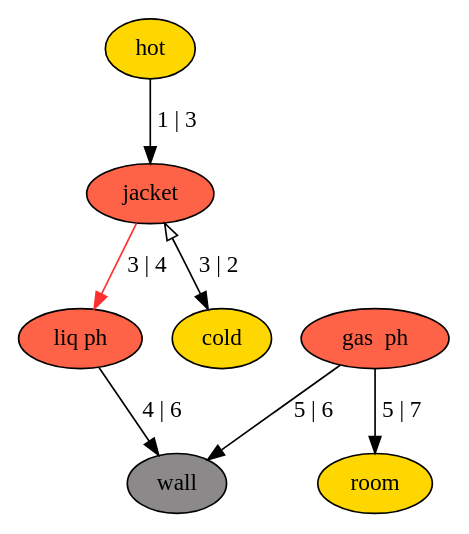
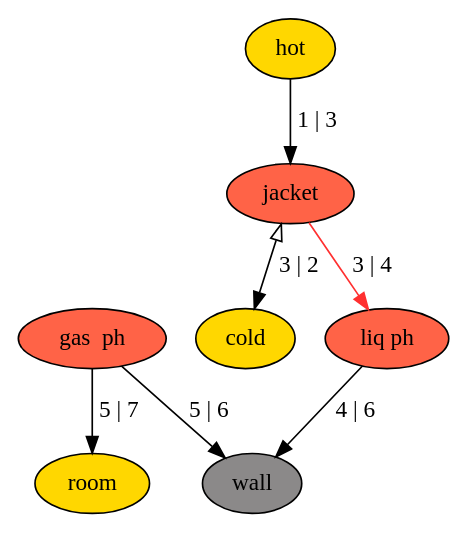
One commit to ATElve/OntoSim changed the diagram in OntoSim/GraphIndexTest/DOT/test.dot. Above: the diagram before and after it, drawn with Graphviz. The commit also changed 3 other files, not shown here.

```diff
--- a/OntoSim/GraphIndexTest/DOT/test.dot
+++ b/OntoSim/GraphIndexTest/DOT/test.dot
@@ -1,21 +1,21 @@
 ###############################################################################
 #	 Purpose: Dot graph for equation tree                                       #
 #	 Author:  Arne Tobias Elve                                                  #
-#	 When:    2017-08-04 11:51:38                                               #
+#	 When:    2017-08-07 09:43:03                                               #
 #	 Why:     Output to dot language                                            #
 ###############################################################################
 digraph G {
+1 [style = filled, label = "room" fillcolor = Gold1];
 9 [style = filled, label = "hot" fillcolor = Gold1];
+5 [style = filled, label = "wall" fillcolor = Snow4];
+8 [style = filled, label = "jacket" fillcolor = Tomato];
+7 [style = filled, label = "cold" fillcolor = Gold1];
 4 [style = filled, label = "gas  ph" fillcolor = Tomato];
-1 [style = filled, label = "room" fillcolor = Gold1];
 6 [style = filled, label = "liq ph" fillcolor = Tomato];
-5 [style = filled, label = "wall" fillcolor = Snow4];
-7 [style = filled, label = "cold" fillcolor = Gold1];
-8 [style = filled, label = "jacket" fillcolor = Tomato];
-8 -> 6 [label = "3 | 4", arrowhead = normal, color = Firebrick1];
-4 -> 5 [label = "5 | 6", arrowhead = normal, color = Black];
+8 -> 7 [label = "3 | 2", arrowtail = onormal, dir = both, color = Black];
 9 -> 8 [label = "1 | 3", arrowhead = normal, color = Black];
-8 -> 7 [label = "3 | 2", arrowtail = onormal, dir = both, color = Black];
 6 -> 5 [label = "4 | 6", arrowhead = normal, color = Black];
 4 -> 1 [label = "5 | 7", arrowhead = normal, color = Black];
+4 -> 5 [label = "5 | 6", arrowhead = normal, color = Black];
+8 -> 6 [label = "3 | 4", arrowhead = normal, color = Firebrick1];
 }
```
